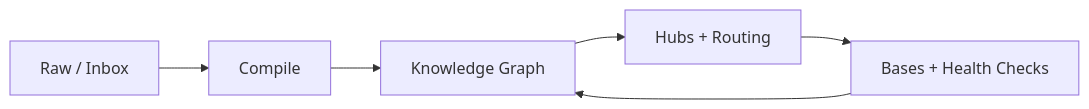
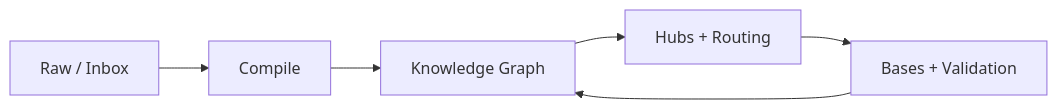
Before and after one commit to pariyar07/ariadne: the diagram in README.md, drawn with Mermaid. The commit also changed other lines of this file and 3 other files, not shown here.

````diff
--- a/README.md
+++ b/README.md
@@ -7,8 +10,8 @@
 ```mermaid
 flowchart LR
   A[Raw / Inbox] --> B[Compile]
   B --> C[Knowledge Graph]
   C --> D[Hubs + Routing]
-  D --> E[Bases + Health Checks]
+  D --> E[Bases + Validation]
   E --> C
 ```
````
